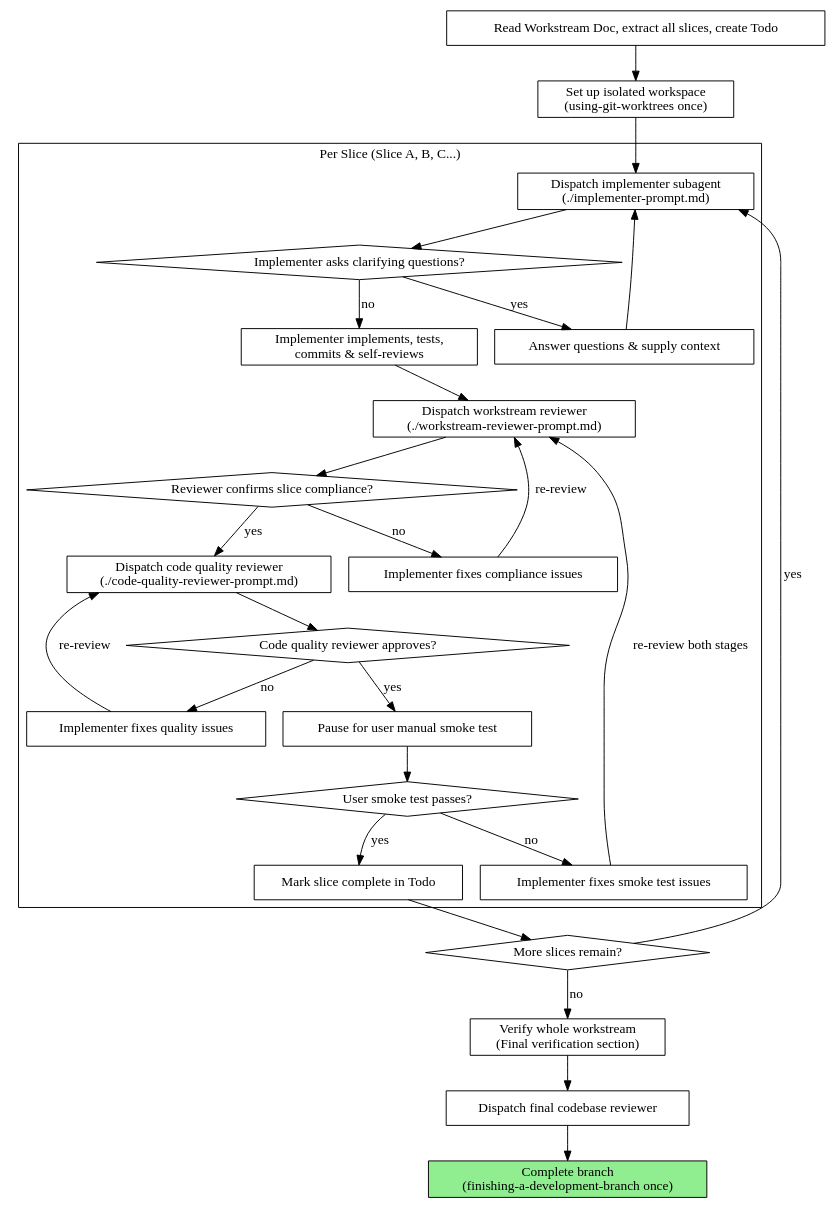
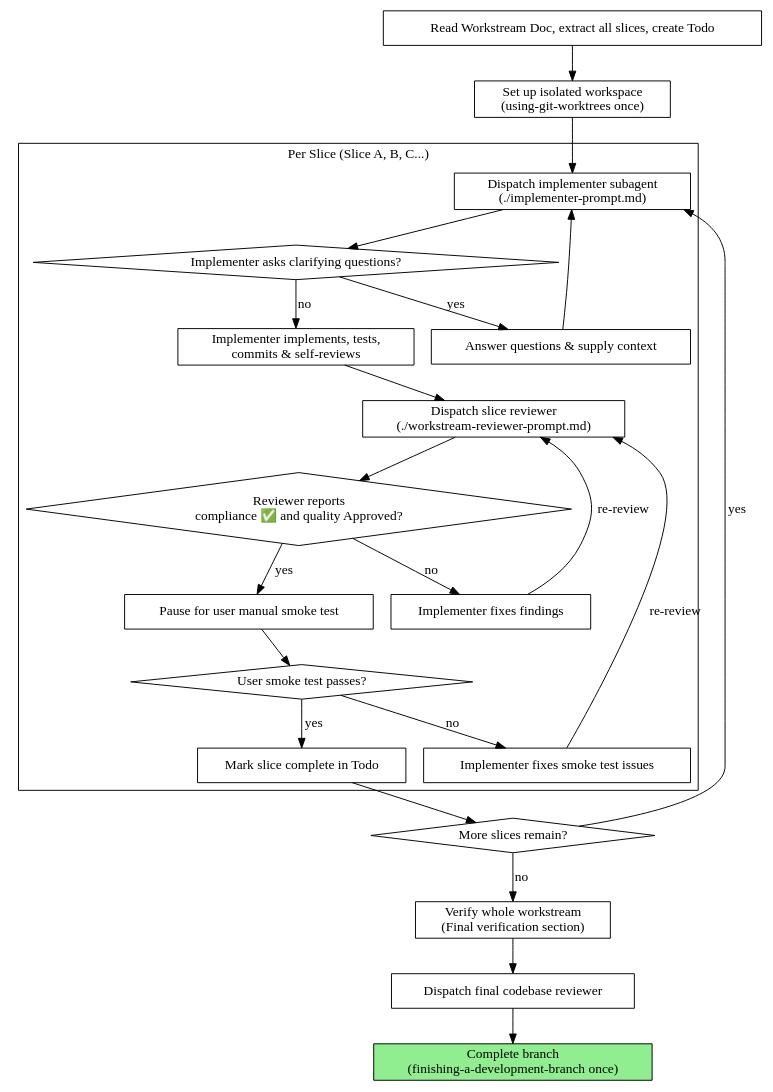
The diagram in .agents/skills/workstream-driven-development/SKILL.md (dtbndr/sturdy-palm-tree), drawn with Graphviz before and after one commit. The commit also changed other lines of this file and 6 other files, not shown here.

````diff
--- a/.agents/skills/workstream-driven-development/SKILL.md
+++ b/.agents/skills/workstream-driven-development/SKILL.md
@@ -26,55 +26,48 @@
 ```dot
 digraph workstream_execution {
     rankdir=TB;
 
     subgraph cluster_per_slice {
         label="Per Slice (Slice A, B, C...)";
         "Dispatch implementer subagent\n(./implementer-prompt.md)" [shape=box];
         "Implementer asks clarifying questions?" [shape=diamond];
         "Answer questions & supply context" [shape=box];
         "Implementer implements, tests,\ncommits & self-reviews" [shape=box];
-        "Dispatch workstream reviewer\n(./workstream-reviewer-prompt.md)" [shape=box];
-        "Reviewer confirms slice compliance?" [shape=diamond];
-        "Implementer fixes compliance issues" [shape=box];
-        "Dispatch code quality reviewer\n(./code-quality-reviewer-prompt.md)" [shape=box];
-        "Code quality reviewer approves?" [shape=diamond];
-        "Implementer fixes quality issues" [shape=box];
+        "Dispatch slice reviewer\n(./workstream-reviewer-prompt.md)" [shape=box];
+        "Reviewer reports\ncompliance ✅ and quality Approved?" [shape=diamond];
+        "Implementer fixes findings" [shape=box];
         "Pause for user manual smoke test" [shape=box];
         "User smoke test passes?" [shape=diamond];
         "Implementer fixes smoke test issues" [shape=box];
         "Mark slice complete in Todo" [shape=box];
     }
 
     "Read Workstream Doc, extract all slices, create Todo" [shape=box];
     "Set up isolated workspace\n(using-git-worktrees once)" [shape=box];
     "More slices remain?" [shape=diamond];
     "Verify whole workstream\n(Final verification section)" [shape=box];
     "Dispatch final codebase reviewer" [shape=box];
     "Complete branch\n(finishing-a-development-branch once)" [shape=box style=filled fillcolor=lightgreen];
 
     "Read Workstream Doc, extract all slices, create Todo" -> "Set up isolated workspace\n(using-git-worktrees once)";
     "Set up isolated workspace\n(using-git-worktrees once)" -> "Dispatch implementer subagent\n(./implementer-prompt.md)";
     "Dispatch implementer subagent\n(./implementer-prompt.md)" -> "Implementer asks clarifying questions?";
     "Implementer asks clarifying questions?" -> "Answer questions & supply context" [label="yes"];
     "Answer questions & supply context" -> "Dispatch implementer subagent\n(./implementer-prompt.md)";
     "Implementer asks clarifying questions?" -> "Implementer implements, tests,\ncommits & self-reviews" [label="no"];
-    "Implementer implements, tests,\ncommits & self-reviews" -> "Dispatch workstream reviewer\n(./workstream-reviewer-prompt.md)";
-    "Dispatch workstream reviewer\n(./workstream-reviewer-prompt.md)" -> "Reviewer confirms slice compliance?";
-    "Reviewer confirms slice compliance?" -> "Implementer fixes compliance issues" [label="no"];
-    "Implementer fixes compliance issues" -> "Dispatch workstream reviewer\n(./workstream-reviewer-prompt.md)" [label="re-review"];
-    "Reviewer confirms slice compliance?" -> "Dispatch code quality reviewer\n(./code-quality-reviewer-prompt.md)" [label="yes"];
-    "Dispatch code quality reviewer\n(./code-quality-reviewer-prompt.md)" -> "Code quality reviewer approves?";
-    "Code quality reviewer approves?" -> "Implementer fixes quality issues" [label="no"];
-    "Implementer fixes quality issues" -> "Dispatch code quality reviewer\n(./code-quality-reviewer-prompt.md)" [label="re-review"];
-    "Code quality reviewer approves?" -> "Pause for user manual smoke test" [label="yes"];
+    "Implementer implements, tests,\ncommits & self-reviews" -> "Dispatch slice reviewer\n(./workstream-reviewer-prompt.md)";
+    "Dispatch slice reviewer\n(./workstream-reviewer-prompt.md)" -> "Reviewer reports\ncompliance ✅ and quality Approved?";
+    "Reviewer reports\ncompliance ✅ and quality Approved?" -> "Implementer fixes findings" [label="no"];
+    "Implementer fixes findings" -> "Dispatch slice reviewer\n(./workstream-reviewer-prompt.md)" [label="re-review"];
+    "Reviewer reports\ncompliance ✅ and quality Approved?" -> "Pause for user manual smoke test" [label="yes"];
     "Pause for user manual smoke test" -> "User smoke test passes?";
     "User smoke test passes?" -> "Implementer fixes smoke test issues" [label="no"];
-    "Implementer fixes smoke test issues" -> "Dispatch workstream reviewer\n(./workstream-reviewer-prompt.md)" [label="re-review both stages"];
+    "Implementer fixes smoke test issues" -> "Dispatch slice reviewer\n(./workstream-reviewer-prompt.md)" [label="re-review"];
     "User smoke test passes?" -> "Mark slice complete in Todo" [label="yes"];
     "Mark slice complete in Todo" -> "More slices remain?";
     "More slices remain?" -> "Dispatch implementer subagent\n(./implementer-prompt.md)" [label="yes"];
     "More slices remain?" -> "Verify whole workstream\n(Final verification section)" [label="no"];
     "Verify whole workstream\n(Final verification section)" -> "Dispatch final codebase reviewer";
     "Dispatch final codebase reviewer" -> "Complete branch\n(finishing-a-development-branch once)";
 }
 ```
````
